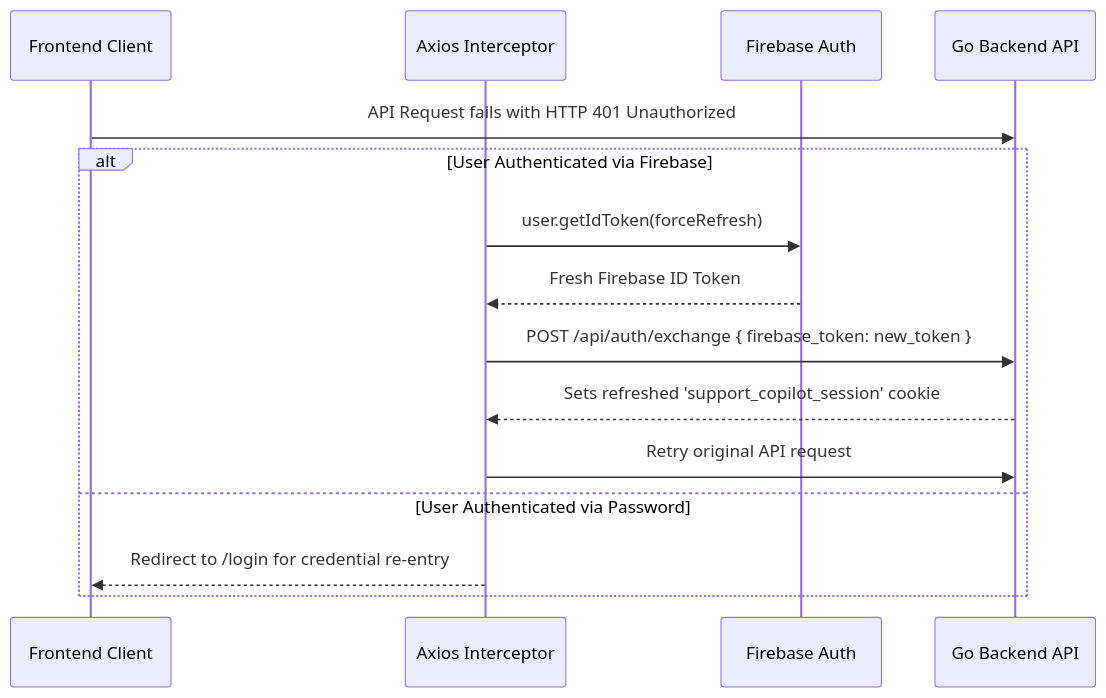
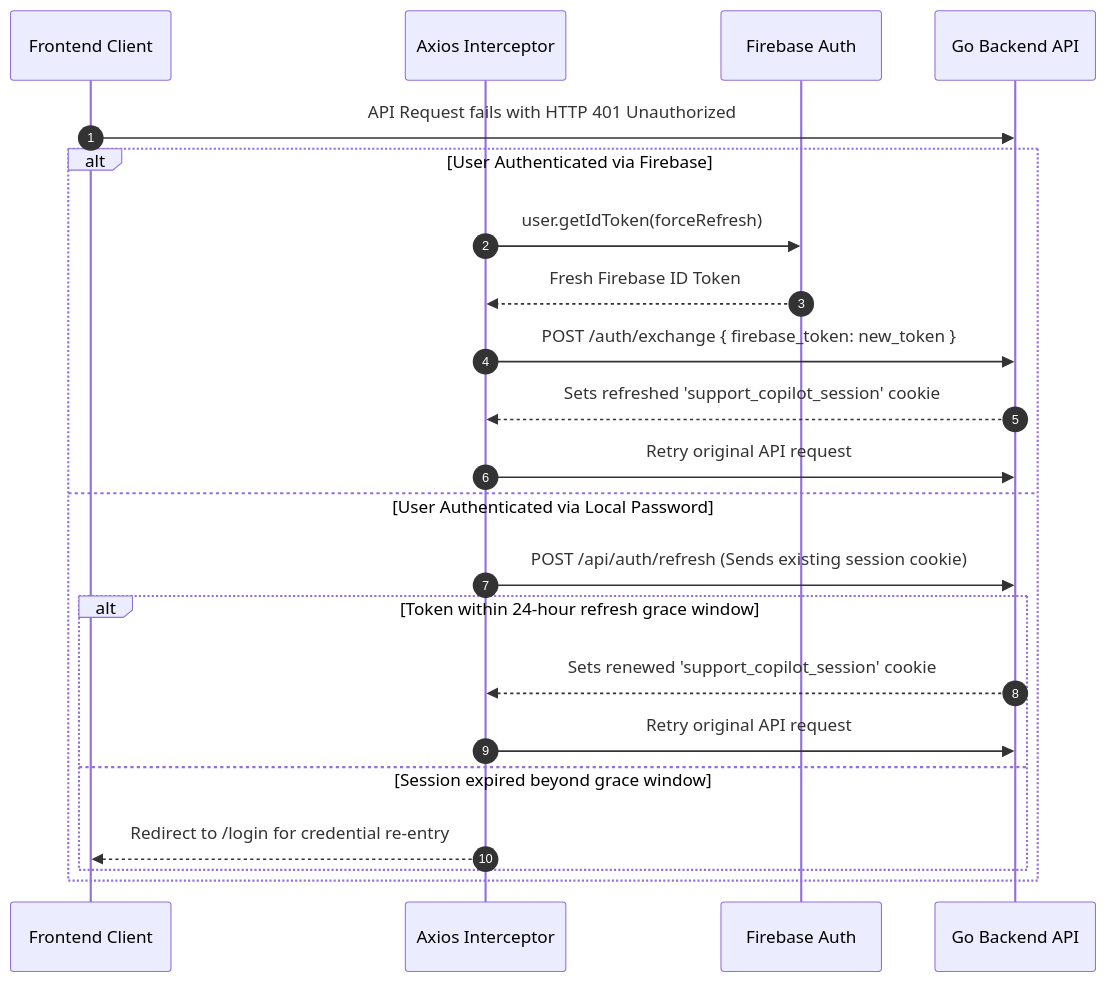
Before and after one commit to WillieBam/support-copilot: the third of 3 diagrams in doc/auth.md, drawn with Mermaid. The commit also changed other lines of this file, not shown here.

Commit message:
chore: update auth md

````diff
--- a/doc/auth.md
+++ b/doc/auth.md
@@ -97,18 +110,25 @@
 ```mermaid
 sequenceDiagram
+    autonumber
     participant Client as Frontend Client
     participant Interceptor as Axios Interceptor
     participant FB as Firebase Auth
     participant API as Go Backend API
 
     Client->>API: API Request fails with HTTP 401 Unauthorized
     alt User Authenticated via Firebase
         Interceptor->>FB: user.getIdToken(forceRefresh)
         FB-->>Interceptor: Fresh Firebase ID Token
-        Interceptor->>API: POST /api/auth/exchange { firebase_token: new_token }
+        Interceptor->>API: POST /auth/exchange { firebase_token: new_token }
         API-->>Interceptor: Sets refreshed 'support_copilot_session' cookie
         Interceptor->>API: Retry original API request
-    else User Authenticated via Password
-        Interceptor-->>Client: Redirect to /login for credential re-entry
+    else User Authenticated via Local Password
+        Interceptor->>API: POST /api/auth/refresh (Sends existing session cookie)
+        alt Token within 24-hour refresh grace window
+            API-->>Interceptor: Sets renewed 'support_copilot_session' cookie
+            Interceptor->>API: Retry original API request
+        else Session expired beyond grace window
+            Interceptor-->>Client: Redirect to /login for credential re-entry
+        end
     end
 ```
````
